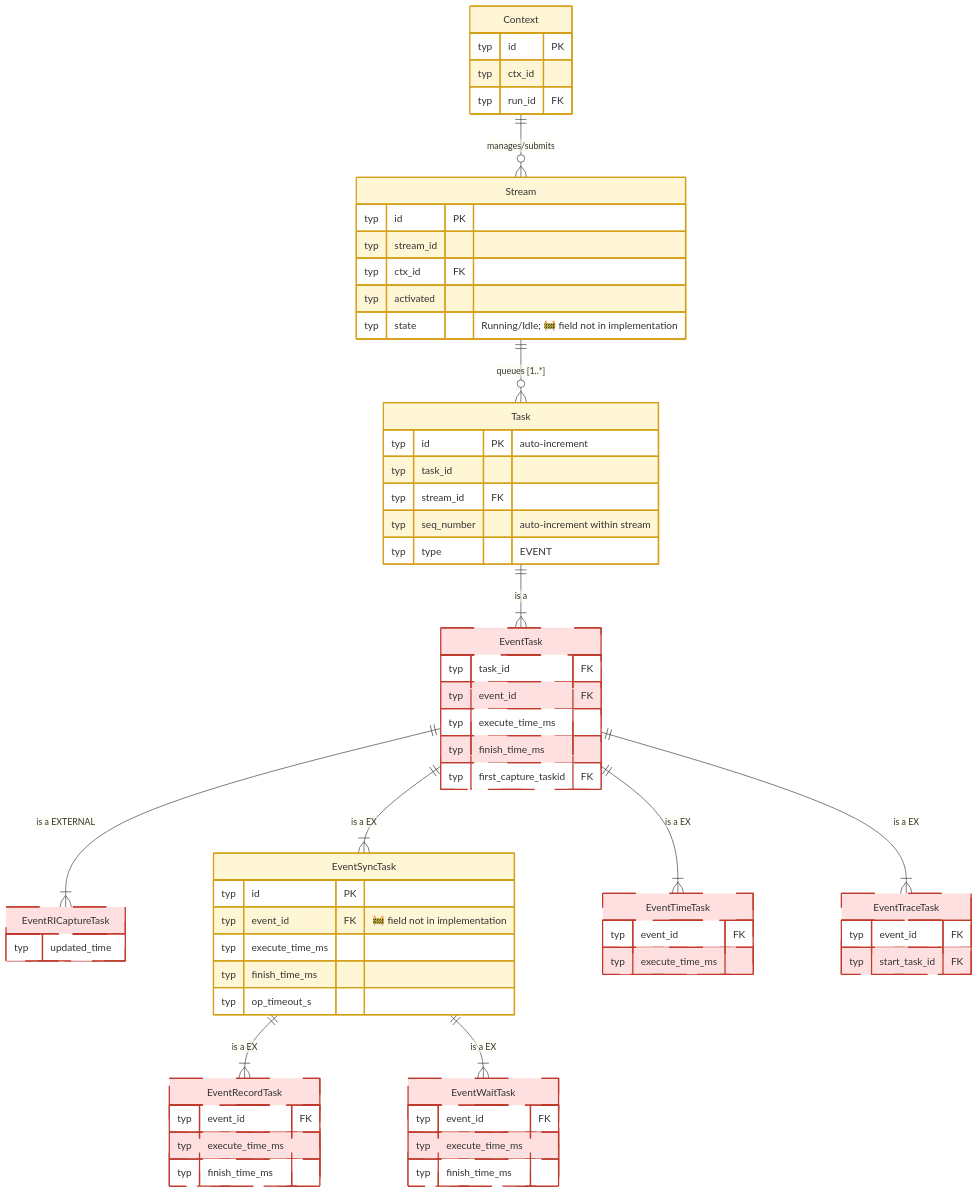
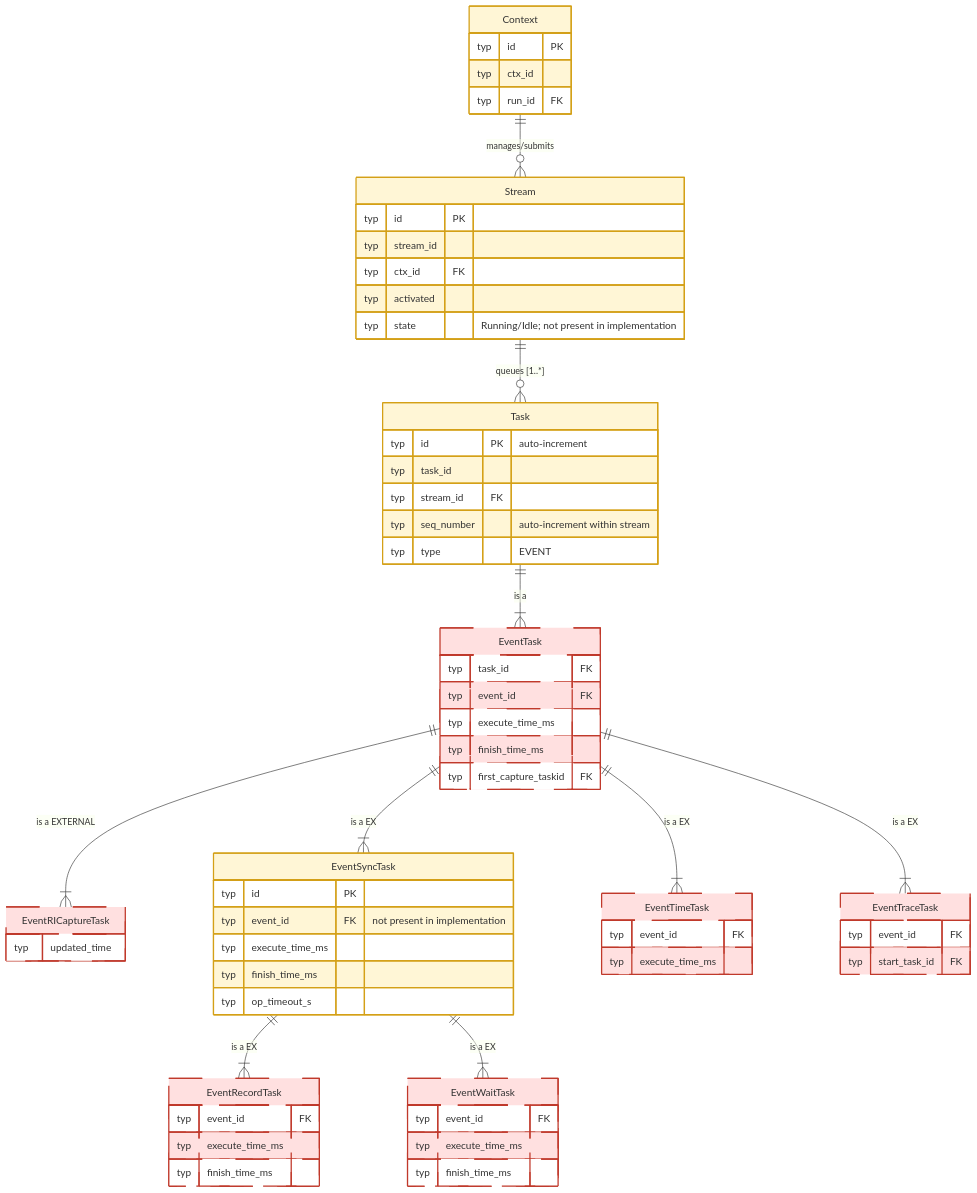
Before and after one commit to Atlas-Ascend-Fork/hcomm: diagram 11 of 19 in test/hccl_vm/docs/simulator_runner_data_model_en.md, drawn with Mermaid. The commit also changed other lines of this file and 171 other files, not shown here.

```diff
--- a/test/hccl_vm/docs/simulator_runner_data_model_en.md
+++ b/test/hccl_vm/docs/simulator_runner_data_model_en.md
@@ -950,9 +974,9 @@
         typ stream_id
         typ ctx_id FK
         typ activated
-        typ state "Running/Idle; 🚧 field not in implementation"
+        typ state "Running/Idle; not present in implementation"
     }
-    %% Implementation has no state field; run state is expressed by activated/capture_status/task_complete_status
+    %% Implementation does not have a state field; runtime state is expressed by activated/capture_status/task_complete_status
 
     %% Stream contains an ordered task list
     Context ||--o{ Stream : "manages/submits"
@@ -966,7 +990,7 @@
         typ type "EVENT"
     }
 
-    %% Various specific Task types (logical inheritance)
+    %% Various concrete Task types (logical inheritance relationship)
     EventTask {
         typ task_id FK
         typ event_id FK
@@ -981,7 +1005,7 @@
 
     EventSyncTask {
         typ id PK
-        typ event_id FK "🚧 field not in implementation"
+        typ event_id FK "not present in implementation"
         typ execute_time_ms
         typ finish_time_ms
         typ op_timeout_s
@@ -1005,8 +1029,8 @@
         typ start_task_id FK
     }
 
-    %% 🧠 Process-private candidates: Context / Stream / Task (only src/proxy accesses)
-    %% Inheritance logical expression (Task has multiple types): discriminated by Task.type, implementation only creates Task table
+    %% Process-private candidates: Context / Stream / Task (accessed only by src/proxy)
+    %% Logical expression of inheritance (Task has multiple kinds): distinguished by Task.type; implementation creates only the Task table
     Task ||--|{ EventTask : "is a "
     EventTask ||--|{ EventRICaptureTask : "is a EXTERNAL"
     EventTask ||--|{ EventSyncTask : "is a EX"
```
